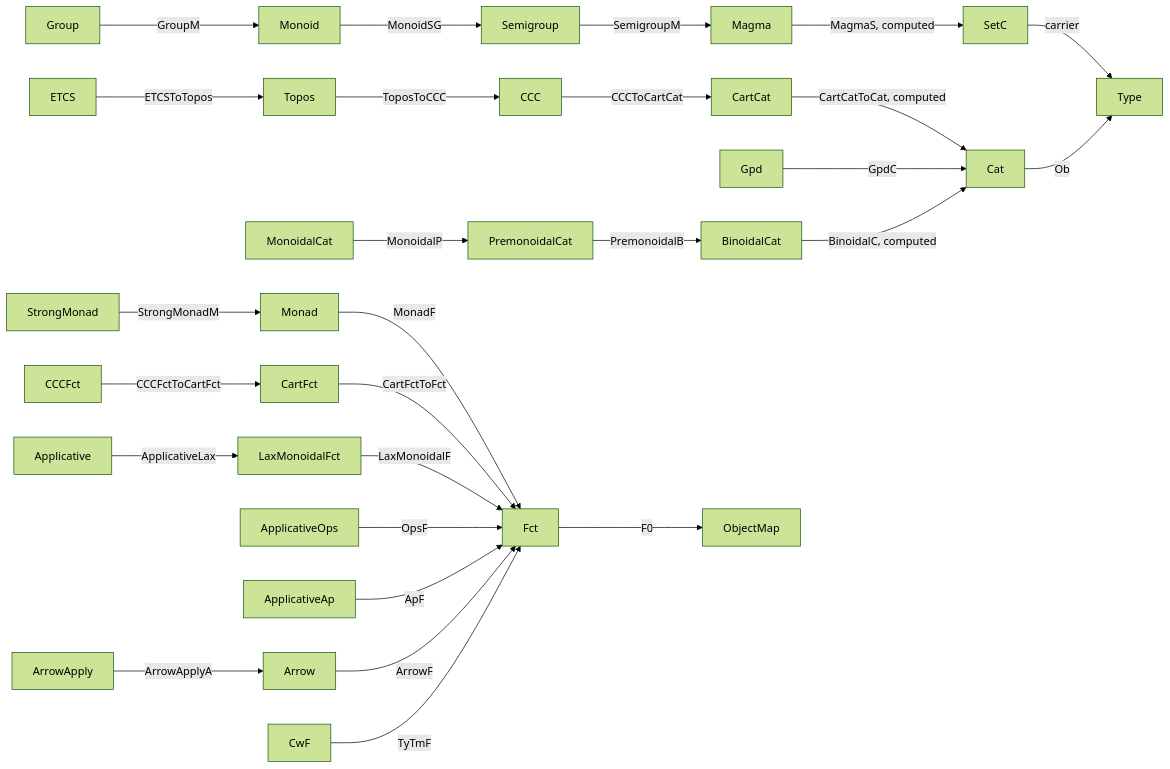
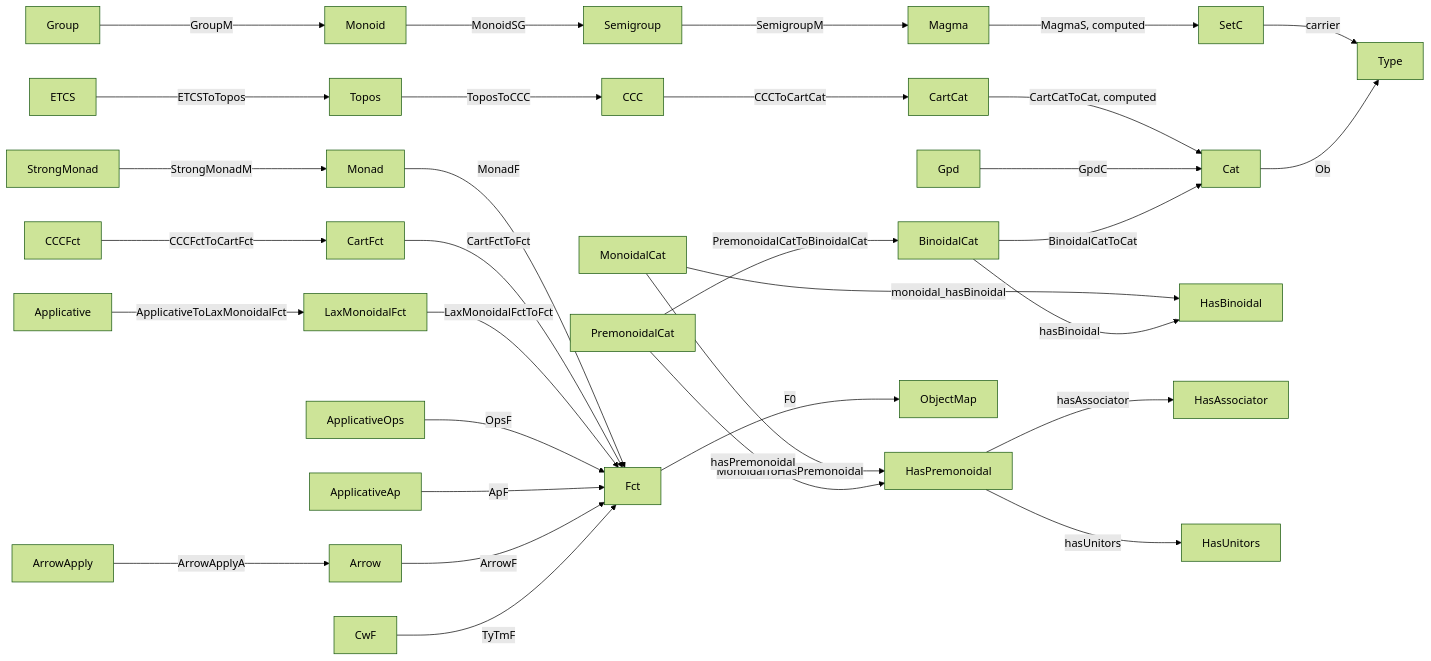
Before and after one commit to Godalin/rocq-cats: the diagram in docs/BundledInterfaces.md, drawn with Mermaid (forest theme). The commit also changed other lines of this file and 52 other files, not shown here.

````diff
--- a/docs/BundledInterfaces.md
+++ b/docs/BundledInterfaces.md
@@ -1784,29 +1897,34 @@
 ```mermaid
 flowchart LR
   Group -->|GroupM| Monoid
   Monoid -->|MonoidSG| Semigroup
   Semigroup -->|SemigroupM| Magma
   Magma -->|MagmaS, computed| SetC
   SetC -->|carrier| Type
   ETCS -->|ETCSToTopos| Topos
   Topos -->|ToposToCCC| CCC
   CCC -->|CCCToCartCat| CartCat
   CartCat -->|CartCatToCat, computed| Cat
   Gpd -->|GpdC| Cat
   Cat -->|Ob| Type
-  MonoidalCat -->|MonoidalP| PremonoidalCat
-  PremonoidalCat -->|PremonoidalB| BinoidalCat
-  BinoidalCat -->|BinoidalC, computed| Cat
+  MonoidalCat -->|monoidal_hasBinoidal| HasBinoidal
+  MonoidalCat -->|MonoidalToHasPremonoidal| HasPremonoidal
+  PremonoidalCat -->|PremonoidalCatToBinoidalCat| BinoidalCat
+  PremonoidalCat -->|hasPremonoidal| HasPremonoidal
+  HasPremonoidal -->|hasAssociator| HasAssociator
+  HasPremonoidal -->|hasUnitors| HasUnitors
+  BinoidalCat -->|BinoidalCatToCat| Cat
+  BinoidalCat -->|hasBinoidal| HasBinoidal
   StrongMonad -->|StrongMonadM| Monad
   Monad -->|MonadF| Fct
   CCCFct -->|CCCFctToCartFct| CartFct
   CartFct -->|CartFctToFct| Fct
-  Applicative -->|ApplicativeLax| LaxMonoidalFct
-  LaxMonoidalFct -->|LaxMonoidalF| Fct
+  Applicative -->|ApplicativeToLaxMonoidalFct| LaxMonoidalFct
+  LaxMonoidalFct -->|LaxMonoidalFctToFct| Fct
   ApplicativeOps -->|OpsF| Fct
   ApplicativeAp -->|ApF| Fct
   ArrowApply -->|ArrowApplyA| Arrow
   Arrow -->|ArrowF| Fct
   CwF -->|TyTmF| Fct
   Fct -->|F0| ObjectMap
 ```
````
